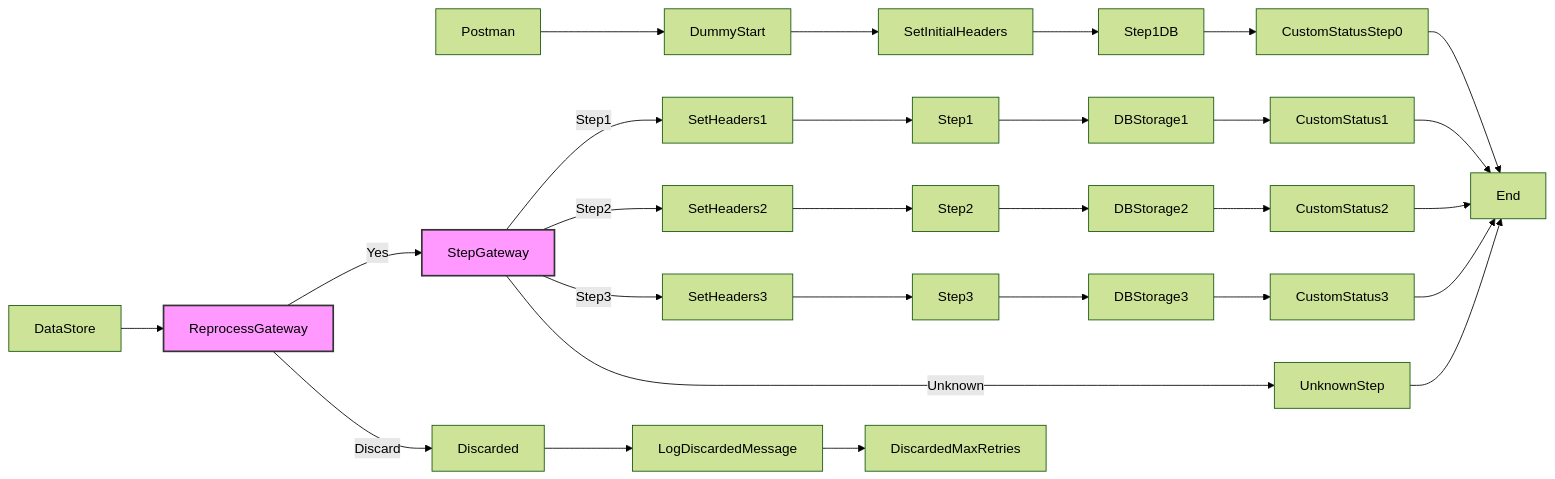
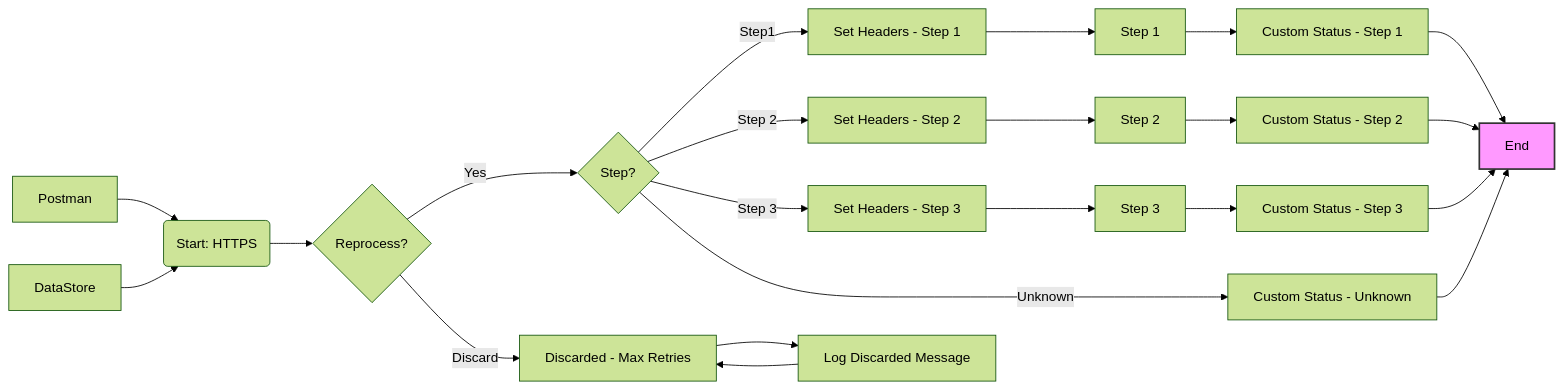
One commit to Avvale-IA-CICD/AvvaleCPI changed the diagram in MMZ - Templates/SEDA_Model_-_Single_DS_-_Restart_and_Discard-1.0.0/readme.md. Above: the diagram before and after it, drawn with Mermaid (forest theme). The commit also changed other lines of this file, not shown here.

Commit message:
Add/update documentation for SEDA_Model_-_Single_DS_-_Restart_and_Discard v1.0.0

````diff
--- a/MMZ - Templates/SEDA_Model_-_Single_DS_-_Restart_and_Discard-1.0.0/readme.md
+++ b/MMZ - Templates/SEDA_Model_-_Single_DS_-_Restart_and_Discard-1.0.0/readme.md
@@ -4,32 +4,25 @@
 ```mermaid
 graph LR
-    Postman-->DummyStart
-    DataStore-->ReprocessGateway
-    ReprocessGateway--Yes-->StepGateway
-    ReprocessGateway--Discard-->Discarded
-    StepGateway--Step1-->SetHeaders1
-    StepGateway--Step2-->SetHeaders2
-    StepGateway--Step3-->SetHeaders3
-    StepGateway--Unknown-->UnknownStep
-    SetHeaders1-->Step1
-    SetHeaders2-->Step2
-    SetHeaders3-->Step3
-    Step1-->DBStorage1
-    Step2-->DBStorage2
-    Step3-->DBStorage3
-    DBStorage1-->CustomStatus1
-    DBStorage2-->CustomStatus2
-    DBStorage3-->CustomStatus3
-    CustomStatus1-->End
-    CustomStatus2-->End
-    CustomStatus3-->End
-    Discarded-->LogDiscardedMessage
-    LogDiscardedMessage-->DiscardedMaxRetries
-    UnknownStep-->End
-    DummyStart-->SetInitialHeaders
-    SetInitialHeaders-->Step1DB
-    Step1DB-->CustomStatusStep0
-    CustomStatusStep0-->End
-    style ReprocessGateway fill:#f9f,stroke:#333,stroke-width:2px
-    style StepGateway fill:#f9f,stroke:#333,stroke-width:2px
+    A[Postman] --> B(Start: HTTPS);
+    C[DataStore] --> B;
+    B --> D{Reprocess?};
+    D -- Yes --> E{Step?};
+    D -- Discard --> F[Discarded - Max Retries];
+    E -- Step1 --> G[Set Headers - Step 1];
+    E -- Step 2 --> H[Set Headers - Step 2];
+    E -- Step 3 --> I[Set Headers - Step 3];
+    E -- Unknown --> J[Custom Status - Unknown];
+    G --> K[Step 1];
+    H --> L[Step 2];
+    I --> M[Step 3];
+    K --> N[Custom Status - Step 1];
+    L --> O[Custom Status - Step 2];
+    M --> P[Custom Status - Step 3];
+    N --> Q[End];
+    O --> Q;
+    P --> Q;
+    J --> Q;
+    F --> R[Log Discarded Message];
+    R --> F;
+    style Q fill:#f9f,stroke:#333,stroke-width:2px
 ```
````
